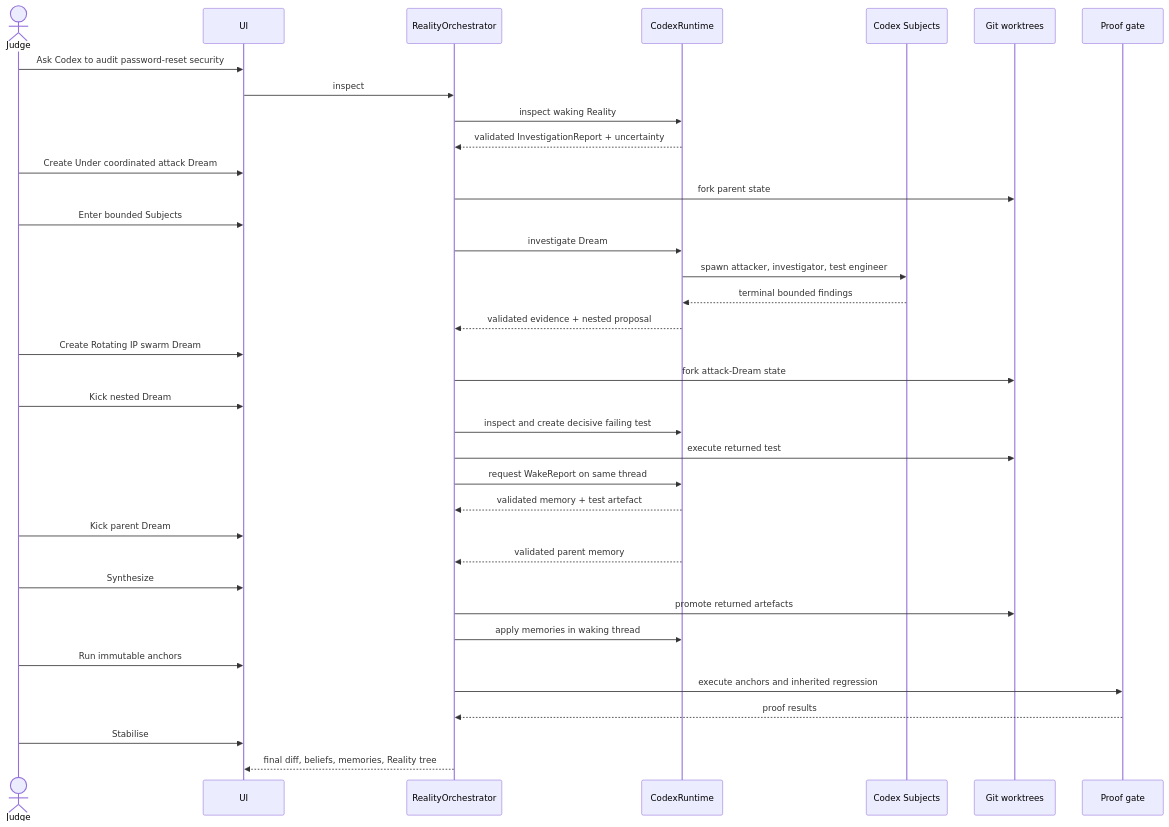
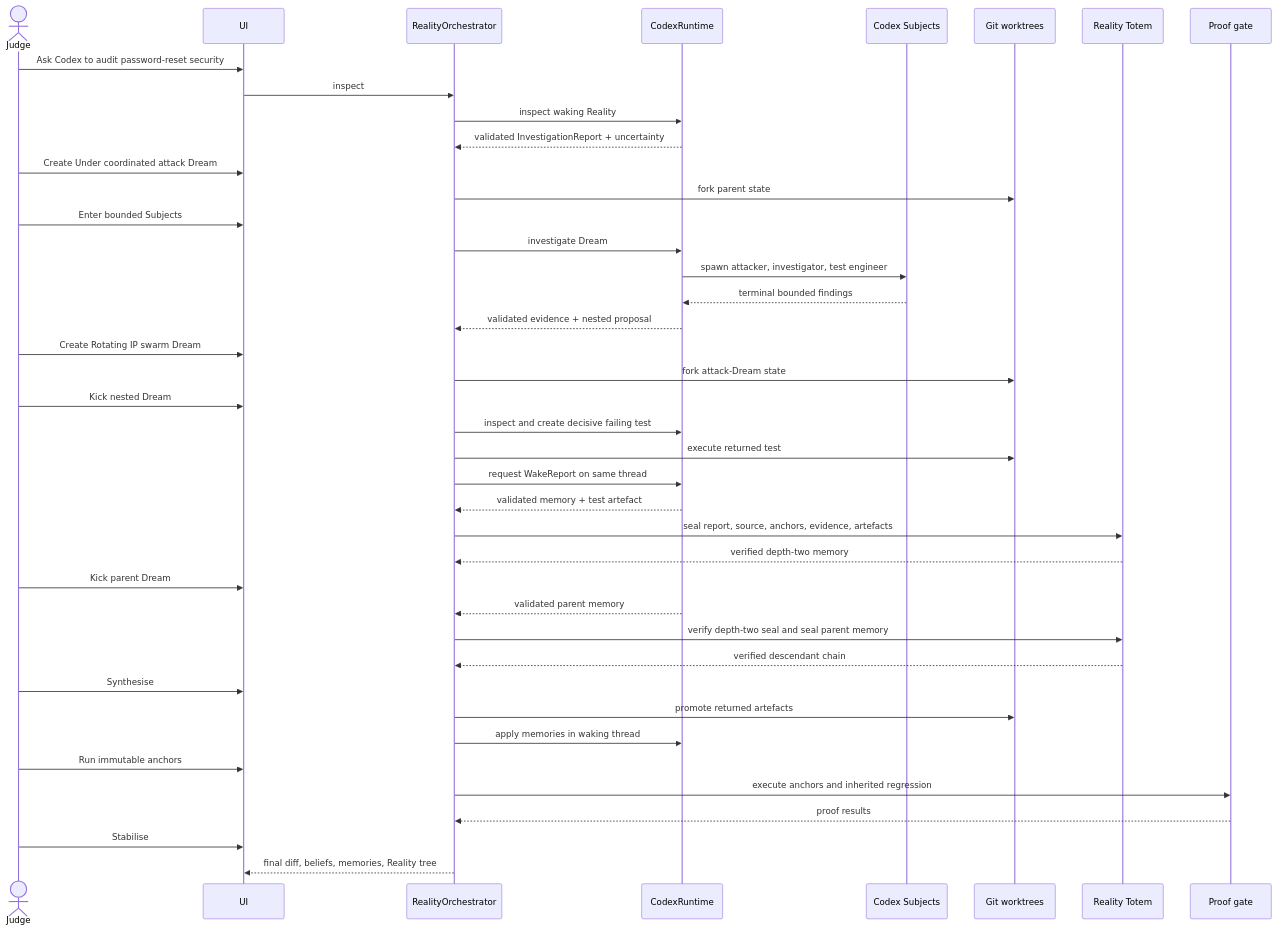
Before and after one commit to alangunning/inception-reality-engine: the first of 5 diagrams in docs/RUNTIME_FLOWS.md, drawn with Mermaid. The commit also changed other lines of this file and 42 other files, not shown here.

Commit message:
feat: add Reality Totem and adversarial missions

````diff
--- a/docs/RUNTIME_FLOWS.md
+++ b/docs/RUNTIME_FLOWS.md
@@ -9,39 +9,44 @@
 ```mermaid
 sequenceDiagram
   actor Judge
   participant UI
   participant O as RealityOrchestrator
   participant C as CodexRuntime
   participant S as Codex Subjects
   participant G as Git worktrees
+  participant T as Reality Totem
   participant P as Proof gate
 
   Judge->>UI: Ask Codex to audit password-reset security
   UI->>O: inspect
   O->>C: inspect waking Reality
   C-->>O: validated InvestigationReport + uncertainty
   Judge->>UI: Create Under coordinated attack Dream
   O->>G: fork parent state
   Judge->>UI: Enter bounded Subjects
   O->>C: investigate Dream
   C->>S: spawn attacker, investigator, test engineer
   S-->>C: terminal bounded findings
   C-->>O: validated evidence + nested proposal
   Judge->>UI: Create Rotating IP swarm Dream
   O->>G: fork attack-Dream state
   Judge->>UI: Kick nested Dream
   O->>C: inspect and create decisive failing test
   O->>G: execute returned test
   O->>C: request WakeReport on same thread
   C-->>O: validated memory + test artefact
+  O->>T: seal report, source, anchors, evidence, artefacts
+  T-->>O: verified depth-two memory
   Judge->>UI: Kick parent Dream
   C-->>O: validated parent memory
-  Judge->>UI: Synthesize
+  O->>T: verify depth-two seal and seal parent memory
+  T-->>O: verified descendant chain
+  Judge->>UI: Synthesise
   O->>G: promote returned artefacts
   O->>C: apply memories in waking thread
   Judge->>UI: Run immutable anchors
   O->>P: execute anchors and inherited regression
   P-->>O: proof results
   Judge->>UI: Stabilise
   O-->>UI: final diff, beliefs, memories, Reality tree
 ```
````
